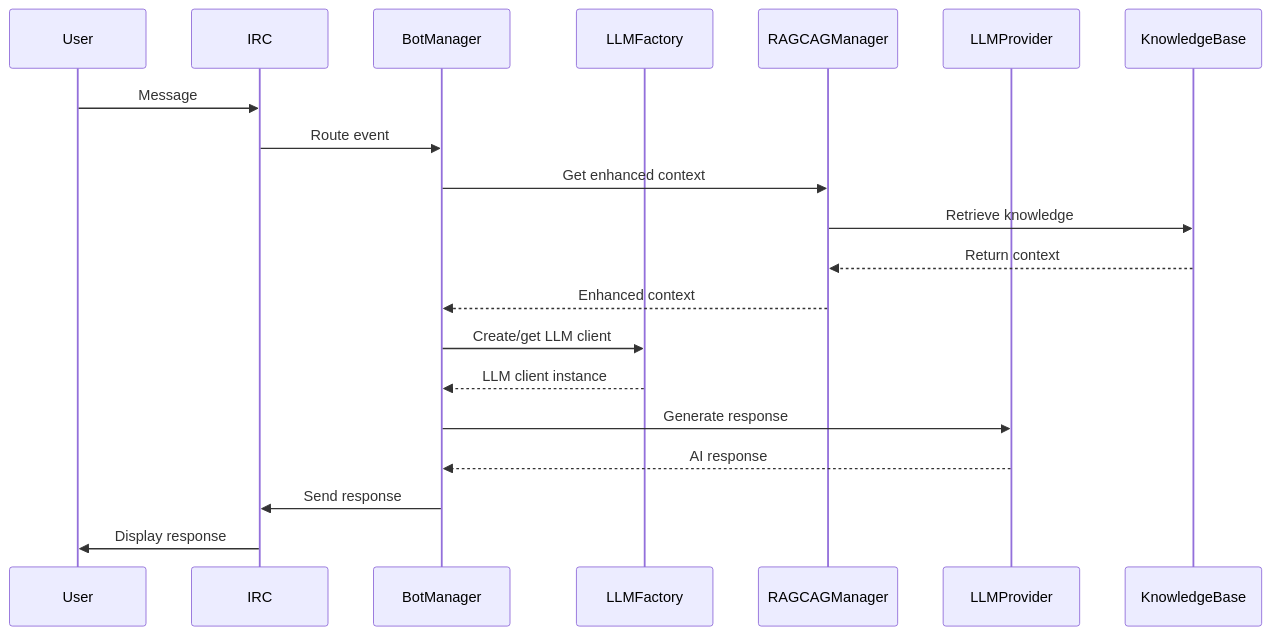
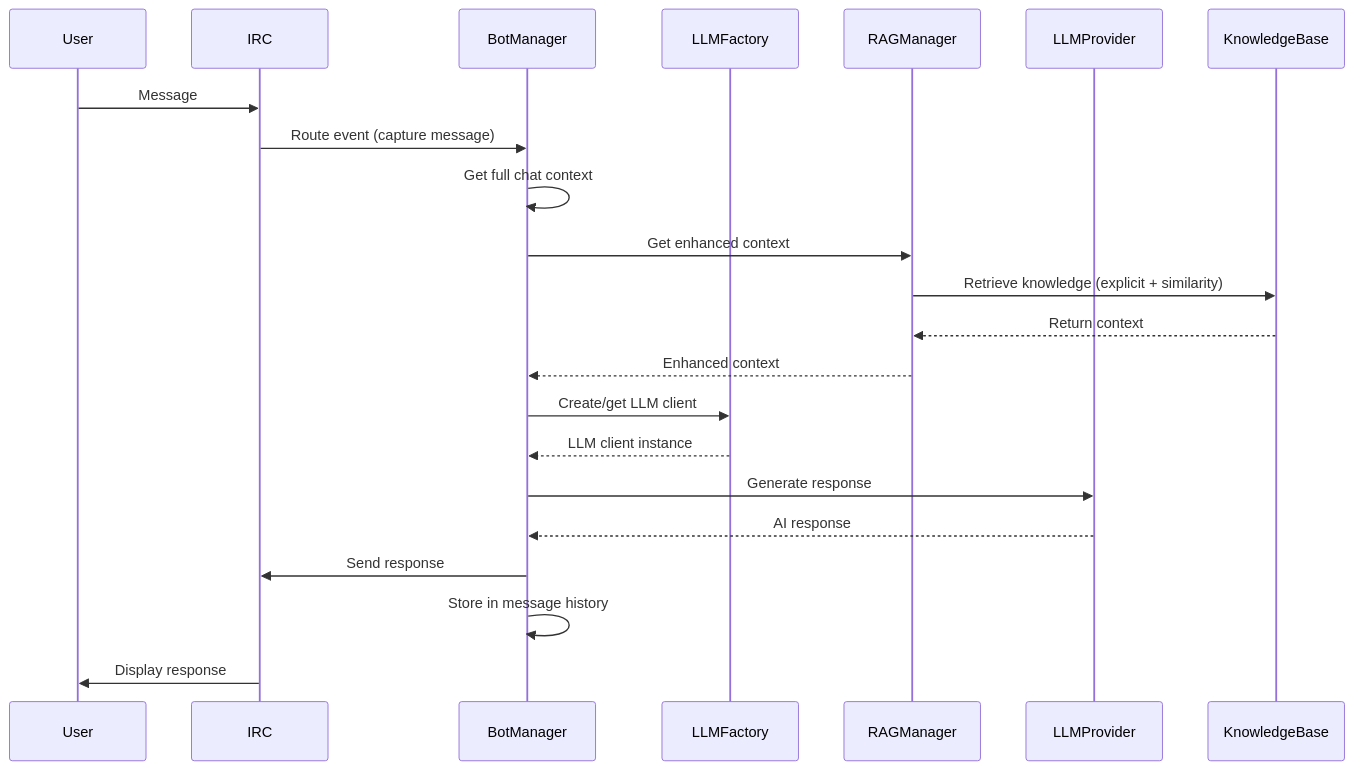
The second of 8 diagrams in docs/architecture.md (mission-deny-the-mission/opt_hackerbot), drawn with Mermaid before and after one commit. The commit also changed other lines of this file and 1 other file, not shown here.

````diff
--- a/docs/architecture.md
+++ b/docs/architecture.md
@@ -247,23 +268,25 @@
 ```mermaid
 sequenceDiagram
     participant User
     participant IRC
     participant BotManager
     participant LLMFactory
-    participant RAGCAGManager
+    participant RAGManager
     participant LLMProvider
     participant KnowledgeBase
     
     User->>IRC: Message
-    IRC->>BotManager: Route event
-    BotManager->>RAGCAGManager: Get enhanced context
-    RAGCAGManager->>KnowledgeBase: Retrieve knowledge
-    KnowledgeBase-->>RAGCAGManager: Return context
-    RAGCAGManager-->>BotManager: Enhanced context
+    IRC->>BotManager: Route event (capture message)
+    BotManager->>BotManager: Get full chat context
+    BotManager->>RAGManager: Get enhanced context
+    RAGManager->>KnowledgeBase: Retrieve knowledge (explicit + similarity)
+    KnowledgeBase-->>RAGManager: Return context
+    RAGManager-->>BotManager: Enhanced context
     BotManager->>LLMFactory: Create/get LLM client
     LLMFactory-->>BotManager: LLM client instance
     BotManager->>LLMProvider: Generate response
     LLMProvider-->>BotManager: AI response
     BotManager->>IRC: Send response
+    BotManager->>BotManager: Store in message history
     IRC->>User: Display response
 ```
````
